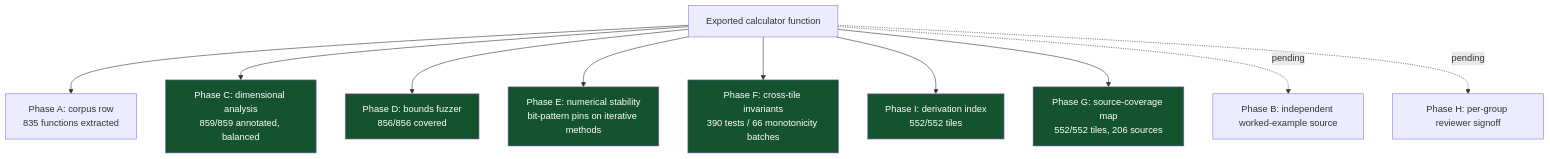
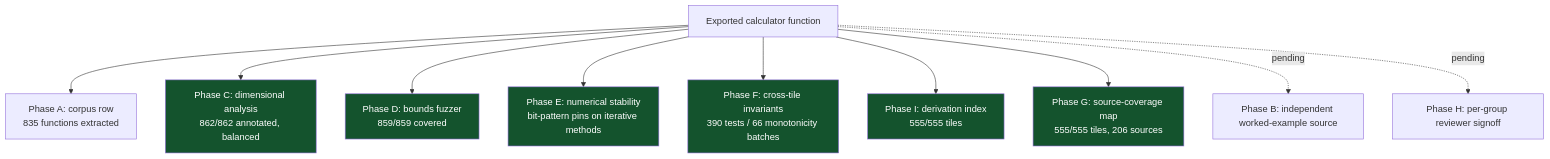
The fourth of 6 diagrams in README.md (clay-good/roughlogic.com), drawn with Mermaid before and after one commit. The commit also changed other lines of this file and 20 other files, not shown here.

````diff
--- a/README.md
+++ b/README.md
@@ -260,18 +260,18 @@
 ```mermaid
 flowchart TB
     F[Exported calculator function] --> A[Phase A: corpus row\n835 functions extracted]
-    F --> C[Phase C: dimensional analysis\n859/859 annotated, balanced]
-    F --> D[Phase D: bounds fuzzer\n856/856 covered]
+    F --> C[Phase C: dimensional analysis\n862/862 annotated, balanced]
+    F --> D[Phase D: bounds fuzzer\n859/859 covered]
     F --> E[Phase E: numerical stability\nbit-pattern pins on iterative methods]
     F --> Fa[Phase F: cross-tile invariants\n390 tests / 66 monotonicity batches]
-    F --> I[Phase I: derivation index\n552/552 tiles]
-    F --> G[Phase G: source-coverage map\n552/552 tiles, 206 sources]
+    F --> I[Phase I: derivation index\n555/555 tiles]
+    F --> G[Phase G: source-coverage map\n555/555 tiles, 206 sources]
     F -.pending.-> B[Phase B: independent worked-example source]
     F -.pending.-> H[Phase H: per-group reviewer signoff]
     style C fill:#14532d,color:#fff
     style D fill:#14532d,color:#fff
     style E fill:#14532d,color:#fff
     style Fa fill:#14532d,color:#fff
     style G fill:#14532d,color:#fff
     style I fill:#14532d,color:#fff
 ```
````
